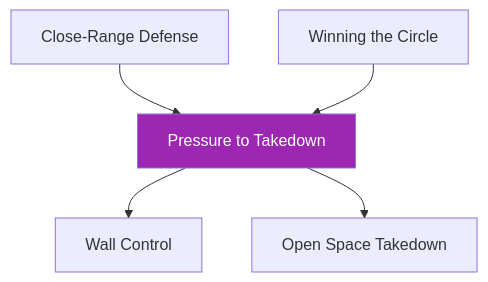
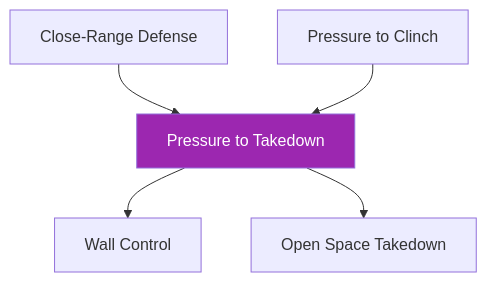
Before and after one commit to ACalienes/Ecological-MMA-Game-System: the second of 2 diagrams in docs/games/pressure-to-takedown.md, drawn with Mermaid. The commit also changed other lines of this file and 62 other files, not shown here.

````diff
--- a/docs/games/pressure-to-takedown.md
+++ b/docs/games/pressure-to-takedown.md
@@ -188,9 +328,9 @@
 ```mermaid
 flowchart TD
     A[Close-Range Defense] --> B[Pressure to Takedown]
-    C[Winning the Circle] --> B
+    C[Pressure to Clinch] --> B
     B --> D[Wall Control]
     B --> E[Open Space Takedown]
 
     style B fill:#9C27B0,color:#fff
 ```
````
